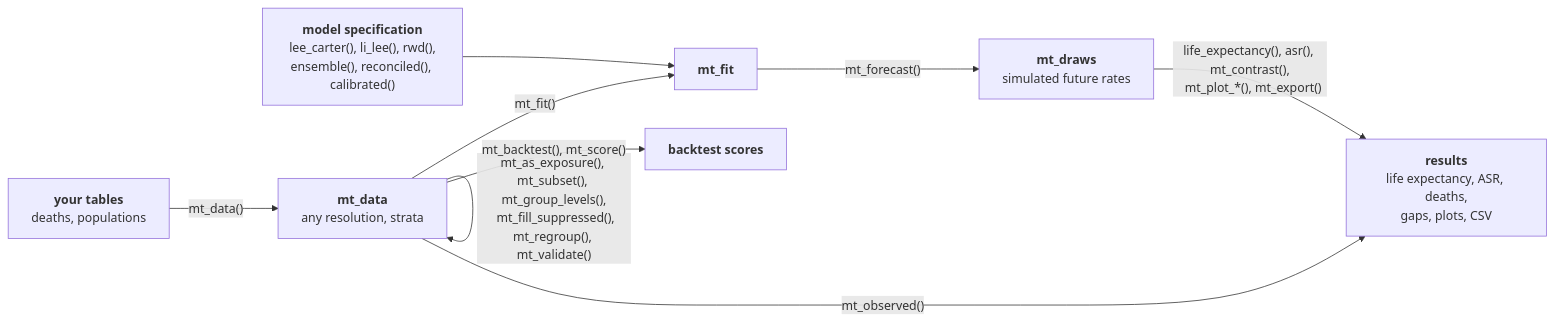
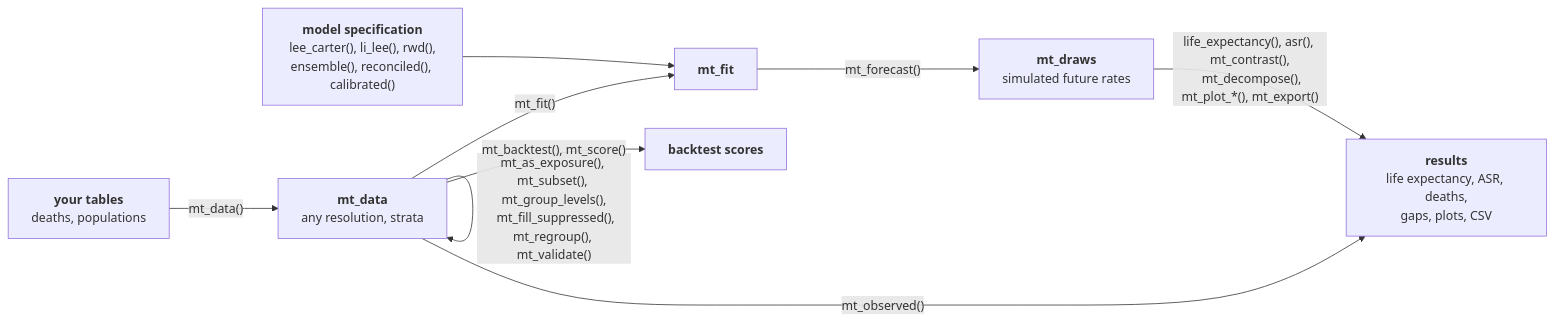
One commit to kalleEF/mortensor changed the diagram in README.md. Above: the diagram before and after it, drawn with Mermaid. The commit also changed other lines of this file and 18 other files, not shown here.

````diff
--- a/README.md
+++ b/README.md
@@ -57,27 +58,27 @@
 ```mermaid
 flowchart LR
   T["`**your tables**
   deaths, populations`"]
   D["`**mt_data**
   any resolution, strata`"]
   S["`**model specification**
   lee_carter(), li_lee(), rwd(),
   ensemble(), reconciled(), calibrated()`"]
   F["`**mt_fit**`"]
   P["`**mt_draws**
   simulated future rates`"]
   R["`**results**
   life expectancy, ASR, deaths,
   gaps, plots, CSV`"]
   B["`**backtest scores**`"]
   T -- "mt_data()" --> D
   D -- "mt_as_exposure(), mt_subset(), mt_group_levels(),
   mt_fill_suppressed(), mt_regroup(), mt_validate()" --> D
   S --> F
   D -- "mt_fit()" --> F
   F -- "mt_forecast()" --> P
   P -- "life_expectancy(), asr(), mt_contrast(),
-  mt_plot_*(), mt_export()" --> R
+  mt_decompose(), mt_plot_*(), mt_export()" --> R
   D -- "mt_backtest(), mt_score()" --> B
   D -- "mt_observed()" --> R
 ```
````
